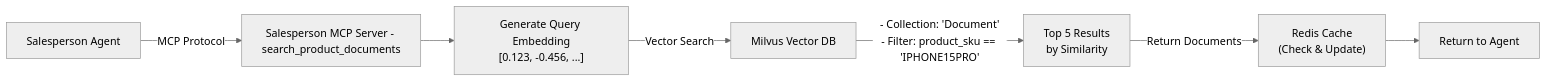
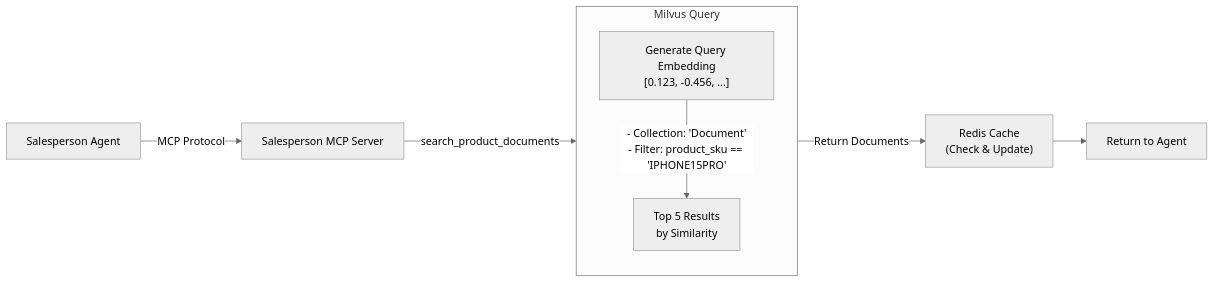
The fifth of 7 diagrams in DemoScenarios.md (biabeogo147/Agent-Ecosystem-Salesperson-and-Payment), drawn with Mermaid (neutral theme) before and after one commit. The commit also changed other lines of this file and 1 other file, not shown here.

Commit message:
update mcpworkflow + a2aworkflow

````diff
--- a/DemoScenarios.md
+++ b/DemoScenarios.md
@@ -341,20 +341,19 @@
 ```mermaid
 flowchart LR
     SalesAgent["Salesperson Agent"]
-    MCP["Salesperson MCP Server - search_product_documents"]
-    Embed["Generate Query Embedding<br/>[0.123, -0.456, ...]"]
-    Milvus["Milvus Vector DB"]
+    MCP["Salesperson MCP Server"]
     Redis["Redis Cache<br/>(Check & Update)"]
     Result["Return to Agent"]
-
-    TopK["Top 5 Results<br/>by Similarity"]
-
+    
+    subgraph MilvusQuery["Milvus Query"]
+        direction TB
+        Embed["Generate Query Embedding<br/>[0.123, -0.456, ...]"]
+        TopK["Top 5 Results<br/>by Similarity"]
+        Embed --> |"- Collection: 'Document'<br/>- Filter: product_sku == 'IPHONE15PRO'"| TopK
+    end
+    
     SalesAgent -->|"MCP Protocol"| MCP
-    MCP --> Embed
-    Embed -->|"Vector Search"| Milvus
-
-    Milvus --> |"- Collection: 'Document'<br/>- Filter: product_sku == 'IPHONE15PRO'"| TopK
-
+    MCP --> |"search_product_documents"| MilvusQuery
     TopK -->|"Return Documents"| Redis
     Redis --> Result
 ```
````
